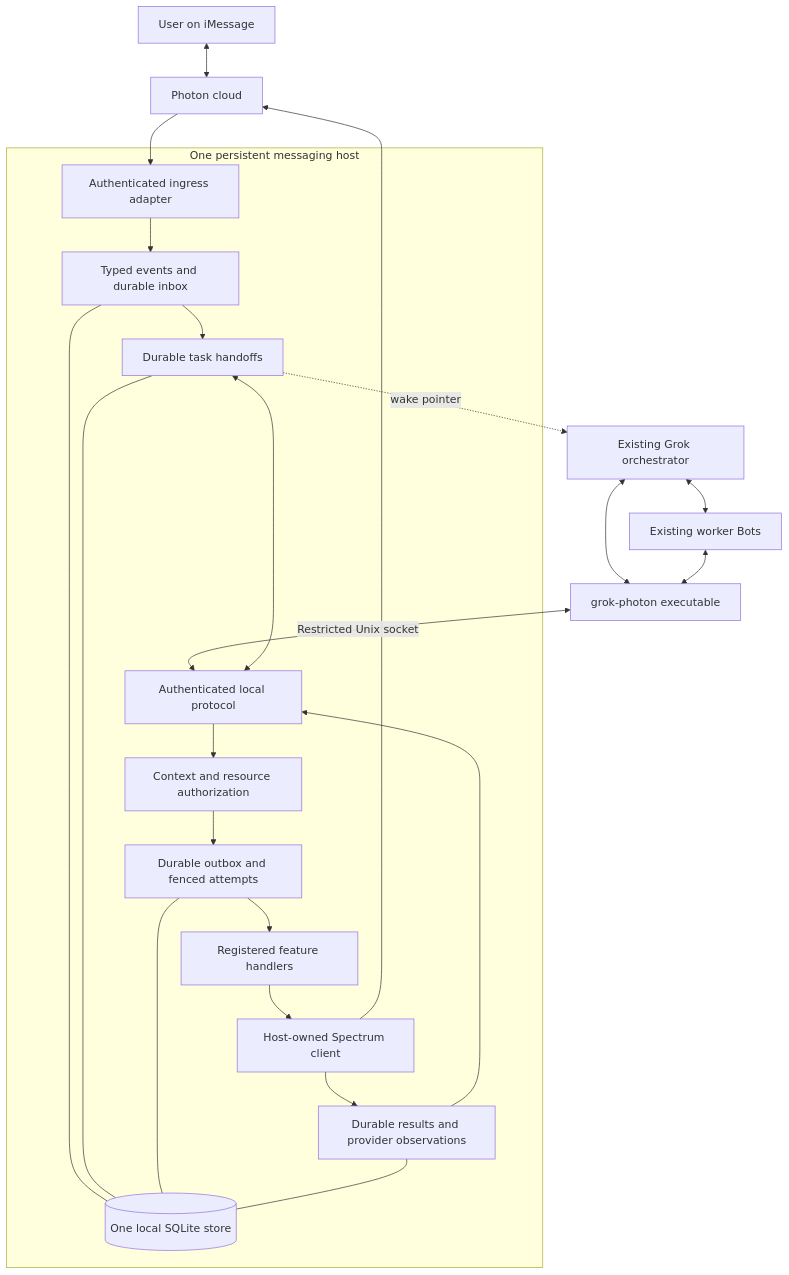
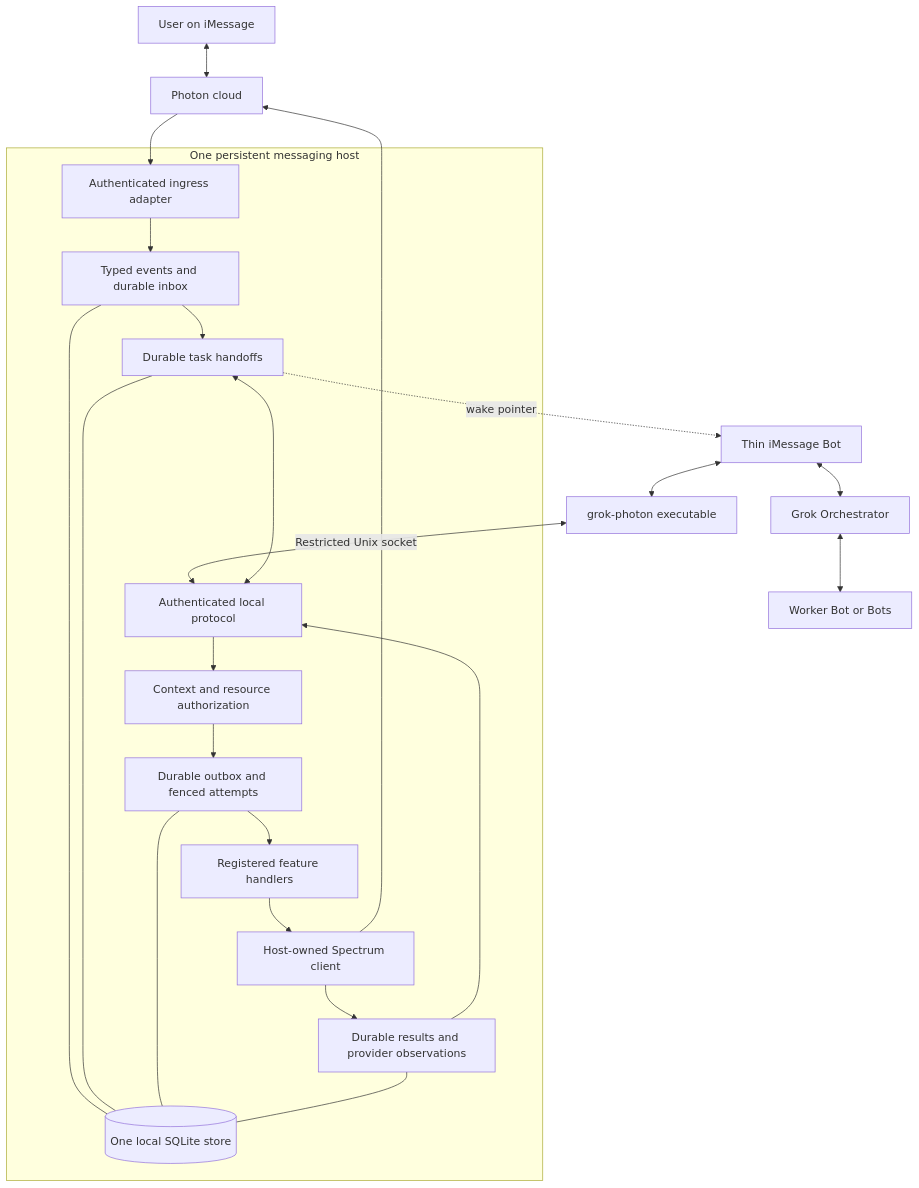
The diagram in architecthure.md (tecxbro/grokbotonimessage), drawn with Mermaid before and after one commit. The commit also changed other lines of this file and 2 other files, not shown here.

Commit message:
docs(grok): define shallow iMessage bot topology

````diff
--- a/architecthure.md
+++ b/architecthure.md
@@ -39,32 +51,32 @@
 ```mermaid
 flowchart TB
     User[User on iMessage] <--> Photon[Photon cloud]
     subgraph Host[One persistent messaging host]
         Ingress[Authenticated ingress adapter]
         Inbox[Typed events and durable inbox]
         Handoff[Durable task handoffs]
         Local[Authenticated local protocol]
         Validate[Context and resource authorization]
         Outbox[Durable outbox and fenced attempts]
         Features[Registered feature handlers]
         SDK[Host-owned Spectrum client]
         Results[Durable results and provider observations]
         Store[(One local SQLite store)]
         Ingress --> Inbox --> Handoff
         Local --> Validate --> Outbox --> Features --> SDK
         SDK --> Results
         Results --> Local
         Local <--> Handoff
         Inbox --- Store
         Handoff --- Store
         Outbox --- Store
         Results --- Store
     end
     Photon --> Ingress
     SDK --> Photon
-    Handoff -. wake pointer .-> Grok[Existing Grok orchestrator]
-    Grok <--> Workers[Existing worker Bots]
-    Grok <--> CLI[grok-photon executable]
-    Workers <--> CLI
+    Handoff -. wake pointer .-> IMessageBot[Thin iMessage Bot]
+    IMessageBot <--> Orchestrator[Grok Orchestrator]
+    Orchestrator <--> Workers[Worker Bot or Bots]
+    IMessageBot <--> CLI[grok-photon executable]
     CLI <-->|Restricted Unix socket| Local
 ```
````
